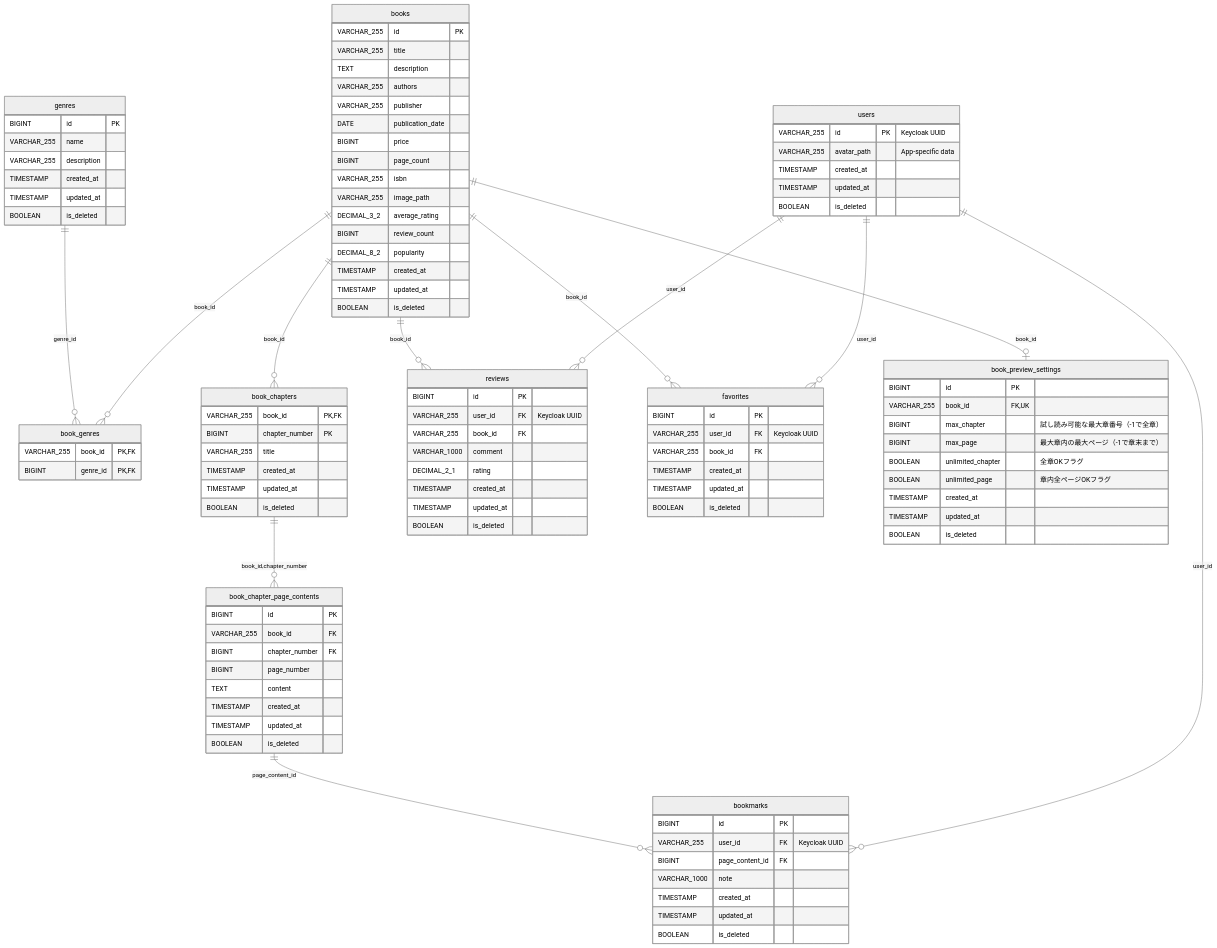
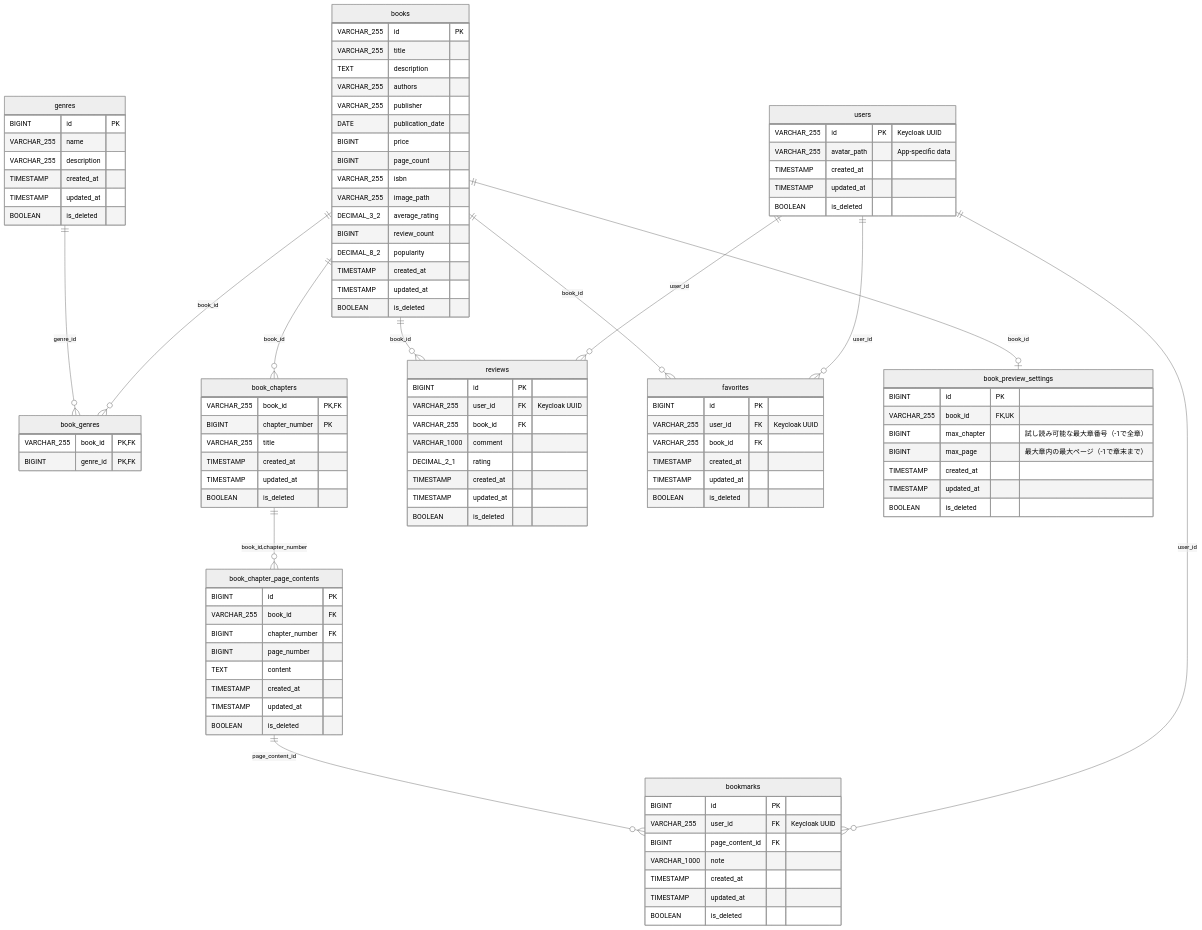
Before and after one commit to Ndia-R/my-books-api: the diagram in db/ER図.mmd, drawn with Mermaid (neutral theme). The commit also changed 19 other files, not shown here.

```diff
--- a/db/ER図.mmd
+++ b/db/ER図.mmd
@@ -1,121 +1,120 @@
 erDiagram
     users {
         VARCHAR_255 id PK "Keycloak UUID"
         VARCHAR_255 avatar_path "App-specific data"
         TIMESTAMP created_at
         TIMESTAMP updated_at
         BOOLEAN is_deleted
     }
 
     books {
         VARCHAR_255 id PK
         VARCHAR_255 title
         TEXT description
         VARCHAR_255 authors
         VARCHAR_255 publisher
         DATE publication_date
         BIGINT price
         BIGINT page_count
         VARCHAR_255 isbn
         VARCHAR_255 image_path
         DECIMAL_3_2 average_rating
         BIGINT review_count
         DECIMAL_8_2 popularity
         TIMESTAMP created_at
         TIMESTAMP updated_at
         BOOLEAN is_deleted
     }
 
     genres {
         BIGINT id PK
         VARCHAR_255 name
         VARCHAR_255 description
         TIMESTAMP created_at
         TIMESTAMP updated_at
         BOOLEAN is_deleted
     }
 
     book_genres {
         VARCHAR_255 book_id PK,FK
         BIGINT genre_id PK,FK
     }
 
     book_chapters {
         VARCHAR_255 book_id PK,FK
         BIGINT chapter_number PK
         VARCHAR_255 title
         TIMESTAMP created_at
         TIMESTAMP updated_at
         BOOLEAN is_deleted
     }
 
     book_chapter_page_contents {
         BIGINT id PK
         VARCHAR_255 book_id FK
         BIGINT chapter_number FK
         BIGINT page_number
         TEXT content
         TIMESTAMP created_at
         TIMESTAMP updated_at
         BOOLEAN is_deleted
     }
 
     reviews {
         BIGINT id PK
         VARCHAR_255 user_id FK "Keycloak UUID"
         VARCHAR_255 book_id FK
         VARCHAR_1000 comment
         DECIMAL_2_1 rating
         TIMESTAMP created_at
         TIMESTAMP updated_at
         BOOLEAN is_deleted
     }
 
     favorites {
         BIGINT id PK
         VARCHAR_255 user_id FK "Keycloak UUID"
         VARCHAR_255 book_id FK
         TIMESTAMP created_at
         TIMESTAMP updated_at
         BOOLEAN is_deleted
     }
 
     bookmarks {
         BIGINT id PK
         VARCHAR_255 user_id FK "Keycloak UUID"
         BIGINT page_content_id FK
         VARCHAR_1000 note
         TIMESTAMP created_at
         TIMESTAMP updated_at
         BOOLEAN is_deleted
     }
 
     book_preview_settings {
         BIGINT id PK
         VARCHAR_255 book_id FK,UK
         BIGINT max_chapter "試し読み可能な最大章番号（-1で全章）"
         BIGINT max_page "最大章内の最大ページ（-1で章末まで）"
-        BOOLEAN unlimited_chapter "全章OKフラグ"
-        BOOLEAN unlimited_page "章内全ページOKフラグ"
+
         TIMESTAMP created_at
         TIMESTAMP updated_at
         BOOLEAN is_deleted
     }
 
     %% リレーションシップ定義
     books ||--o{ book_genres : "book_id"
     genres ||--o{ book_genres : "genre_id"
 
     books ||--o{ book_chapters : "book_id"
     book_chapters ||--o{ book_chapter_page_contents : "book_id,chapter_number"
 
     users ||--o{ reviews : "user_id"
     books ||--o{ reviews : "book_id"
 
     users ||--o{ favorites : "user_id"
     books ||--o{ favorites : "book_id"
 
     users ||--o{ bookmarks : "user_id"
     book_chapter_page_contents ||--o{ bookmarks : "page_content_id"
 
     books ||--o| book_preview_settings : "book_id"
```
